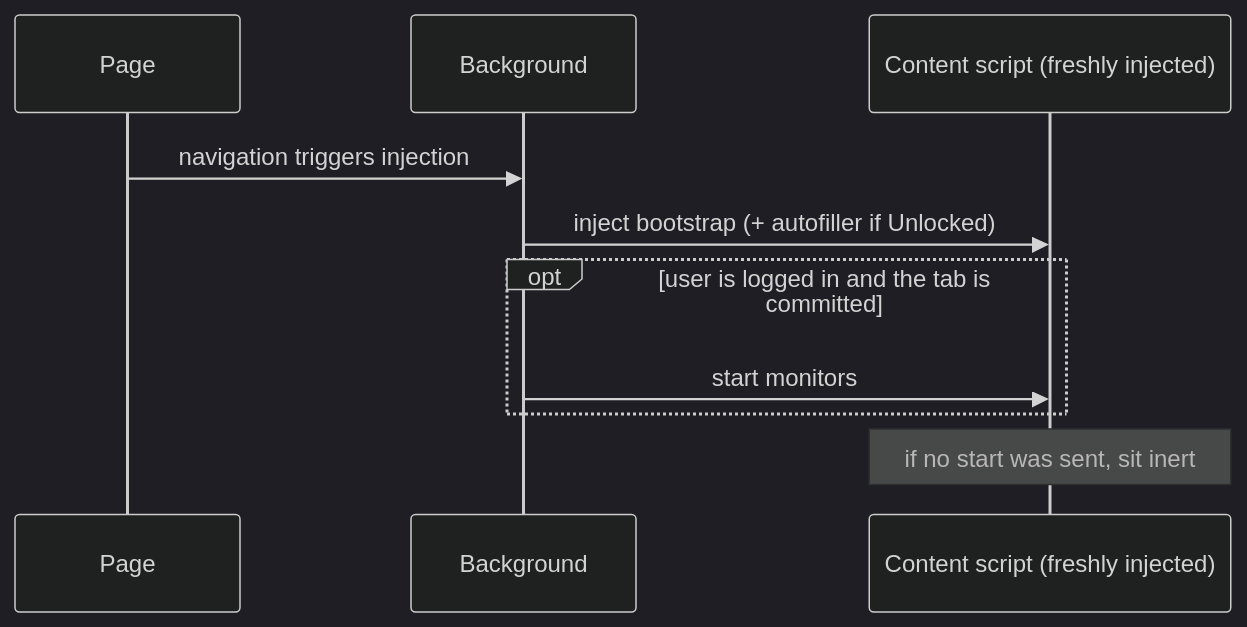
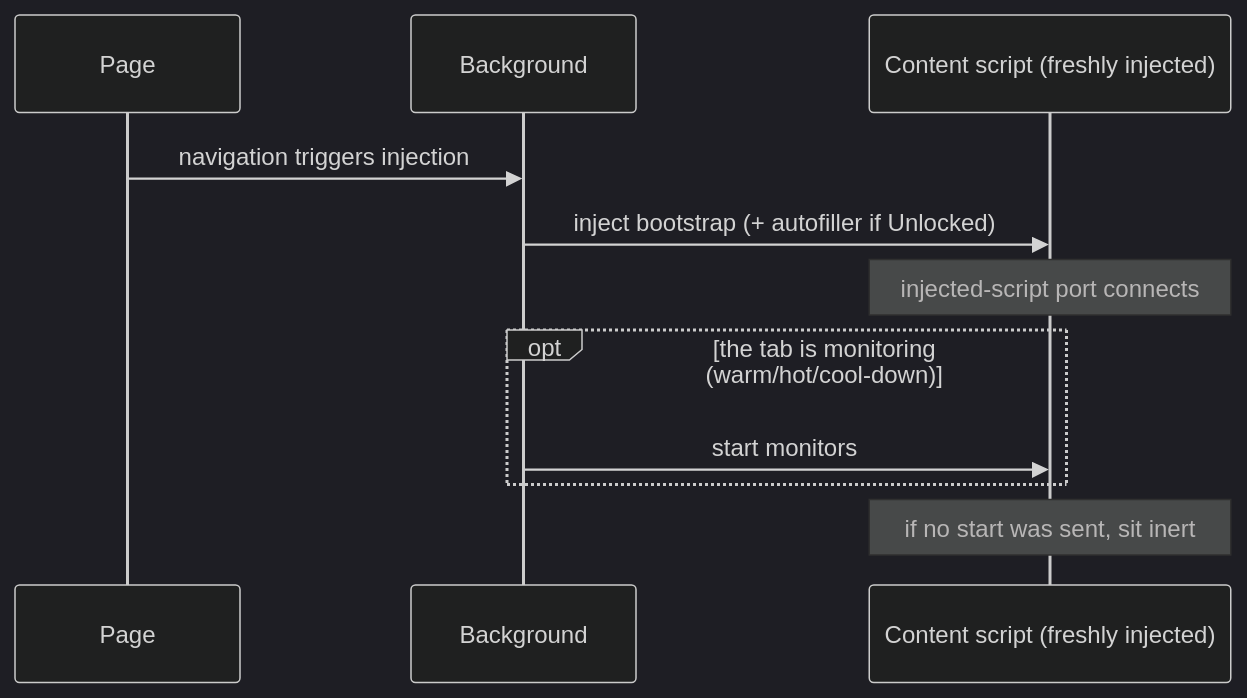
One commit to bitwarden/clients changed the fifth of 5 diagrams in apps/browser/src/autofill/lifecycle.design.md. Above: the diagram before and after it, drawn with Mermaid (dark theme). The commit also changed other lines of this file and 17 other files, not shown here.

````diff
--- a/apps/browser/src/autofill/lifecycle.design.md
+++ b/apps/browser/src/autofill/lifecycle.design.md
@@ -241,12 +265,13 @@
 ```mermaid
 sequenceDiagram
     participant Page
     participant BG as Background
     participant CS as Content script (freshly injected)
     Page->>BG: navigation triggers injection
     BG->>CS: inject bootstrap (+ autofiller if Unlocked)
-    opt user is logged in and the tab is committed
+    Note over CS: injected-script port connects
+    opt the tab is monitoring (warm/hot/cool-down)
         BG->>CS: start monitors
     end
     Note over CS: if no start was sent, sit inert
 ```
````
